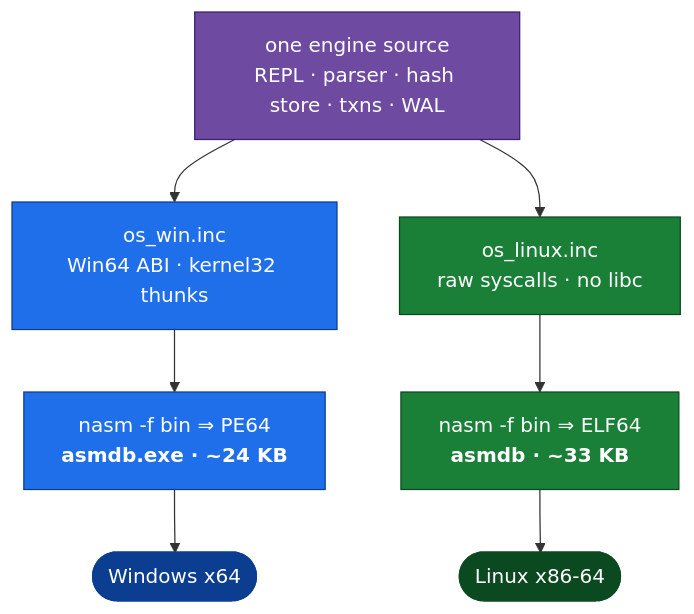
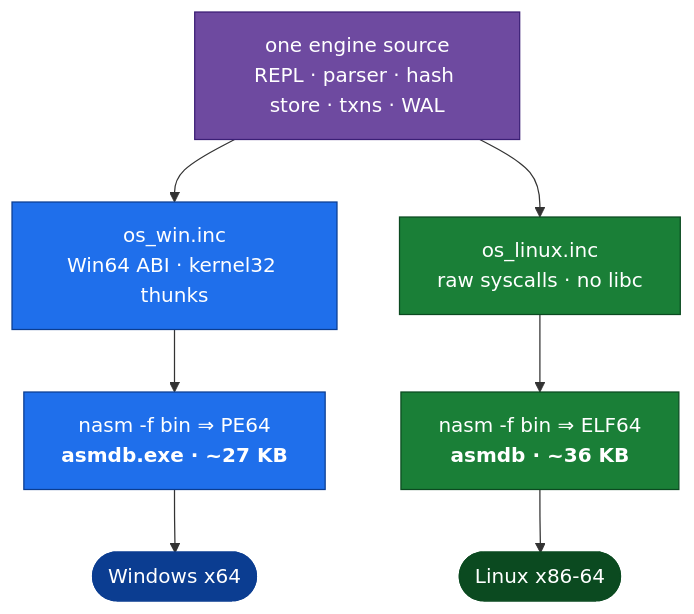
One commit to fredgis/asmDB changed the first of 2 diagrams in README.md. Above: the diagram before and after it, drawn with Mermaid. The commit also changed other lines of this file and 13 other files, not shown here.

````diff
--- a/README.md
+++ b/README.md
@@ -134,19 +135,19 @@
 ```mermaid
 flowchart TD
     SRC["one engine source<br/>REPL · parser · hash store · txns · WAL"]:::core
 
     SRC --> WIN["os_win.inc<br/>Win64 ABI · kernel32 thunks"]:::win
     SRC --> LIN["os_linux.inc<br/>raw syscalls · no libc"]:::lin
 
-    WIN --> PE["nasm -f bin ⇒ PE64<br/><b>asmdb.exe · ~24 KB</b>"]:::win
-    LIN --> ELF["nasm -f bin ⇒ ELF64<br/><b>asmdb · ~33 KB</b>"]:::lin
+    WIN --> PE["nasm -f bin ⇒ PE64<br/><b>asmdb.exe · ~27 KB</b>"]:::win
+    LIN --> ELF["nasm -f bin ⇒ ELF64<br/><b>asmdb · ~36 KB</b>"]:::lin
 
     PE --> WOS(["Windows x64"]):::winb
     ELF --> LOS(["Linux x86-64"]):::linb
 
     classDef core fill:#6e4aa0,stroke:#3b1e75,color:#fff
     classDef win  fill:#1f6feb,stroke:#0b3d91,color:#fff
     classDef lin  fill:#1a7f37,stroke:#0b4a20,color:#fff
     classDef winb fill:#0b3d91,stroke:#0b3d91,color:#fff
     classDef linb fill:#0b4a20,stroke:#0b4a20,color:#fff
 ```
````
